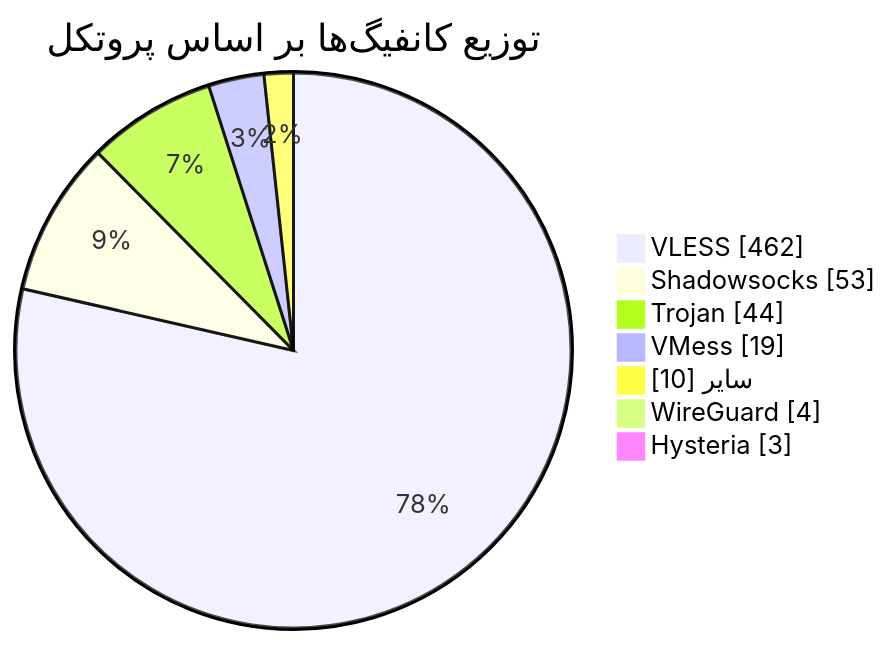
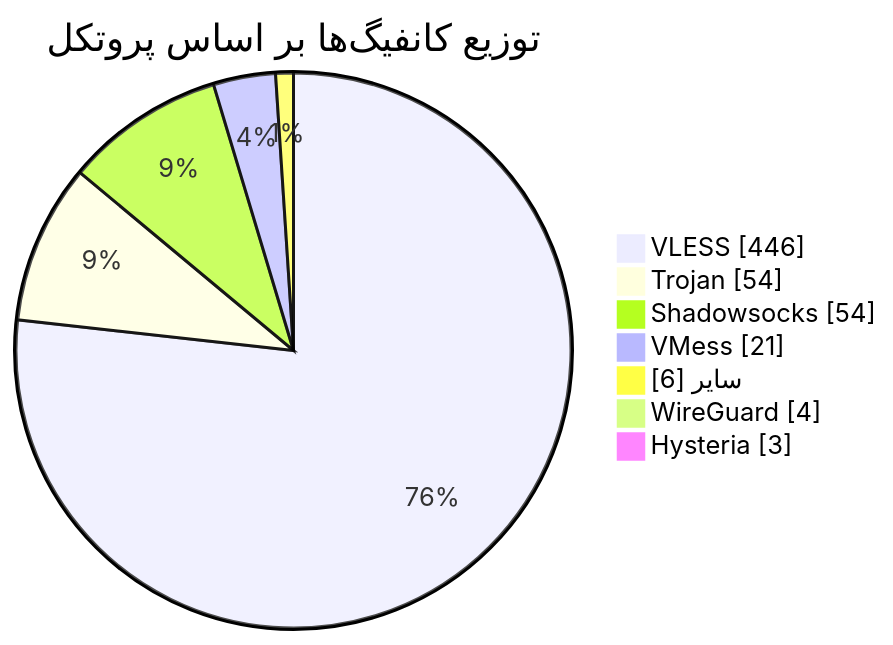
One commit to Arian-Alijani/Somthing changed the diagram in README.md. Above: the diagram before and after it, drawn with Mermaid. The commit also changed other lines of this file and 17 other files, not shown here.

````diff
--- a/README.md
+++ b/README.md
@@ -49,11 +49,11 @@
 ```mermaid
 pie showData
     title توزیع کانفیگ‌ها بر اساس پروتکل
-    "VLESS" : 462
-    "Shadowsocks" : 53
-    "Trojan" : 44
-    "VMess" : 19
-    "سایر" : 10
+    "VLESS" : 446
+    "Trojan" : 54
+    "Shadowsocks" : 54
+    "VMess" : 21
+    "سایر" : 6
     "WireGuard" : 4
     "Hysteria" : 3
 ```
````
